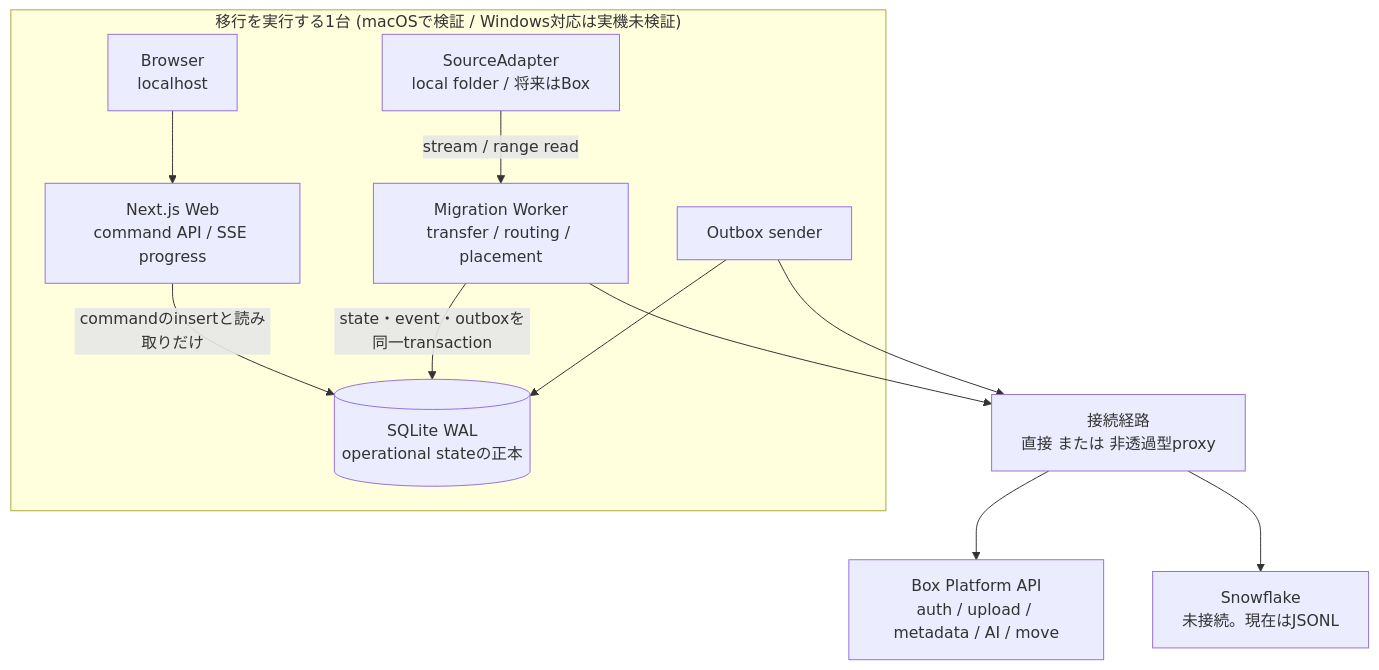
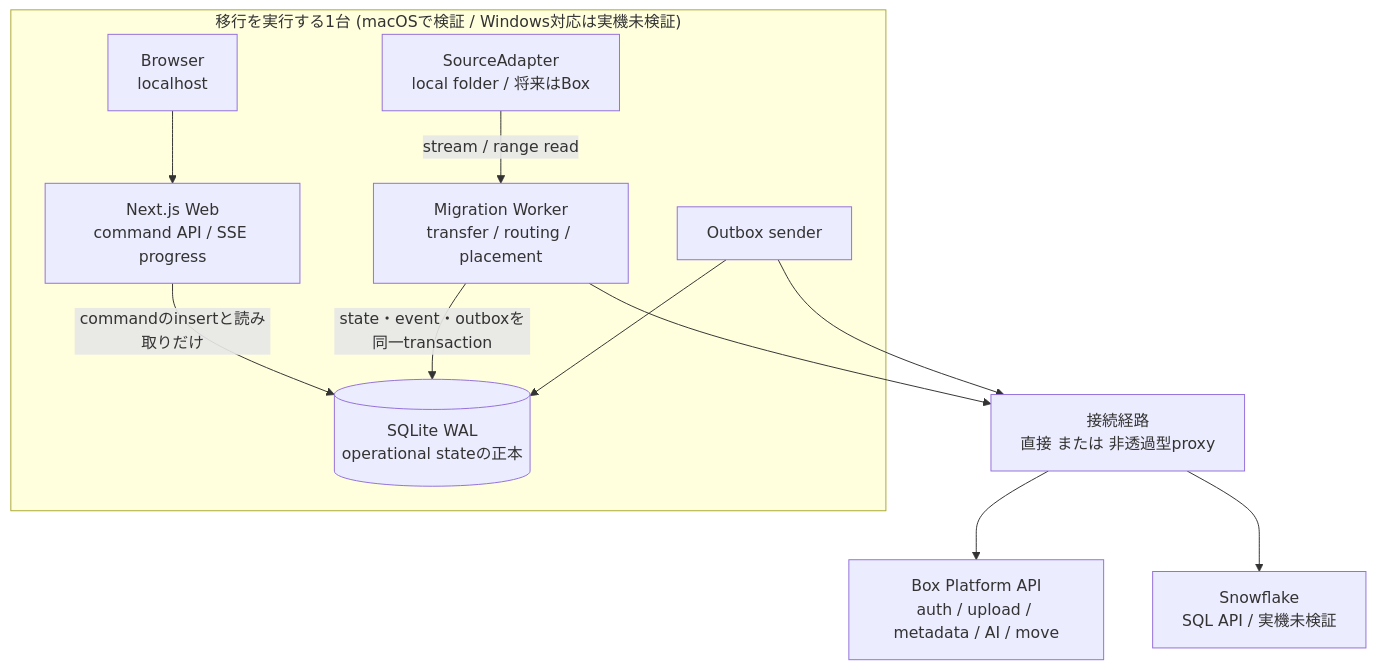
Before and after one commit to moodblu3-sys/shuttle-lite: the first of 6 diagrams in README.md, drawn with Mermaid. The commit also changed other lines of this file and 34 other files, not shown here.

````diff
--- a/README.md
+++ b/README.md
@@ -79,25 +81,25 @@
 ```mermaid
 flowchart TB
   subgraph machine ["移行を実行する1台 (macOSで検証 / Windows対応は実機未検証)"]
     browser["Browser<br/>localhost"]
     web["Next.js Web<br/>command API / SSE progress"]
     worker["Migration Worker<br/>transfer / routing / placement"]
     sqlite[("SQLite WAL<br/>operational stateの正本")]
     src["SourceAdapter<br/>local folder / 将来はBox"]
     outbox["Outbox sender"]
   end
 
   proxy["接続経路<br/>直接 または 非透過型proxy"]
   box["Box Platform API<br/>auth / upload / metadata / AI / move"]
-  snow["Snowflake<br/>未接続。現在はJSONL"]
+  snow["Snowflake<br/>SQL API / 実機未検証"]
 
   browser --> web
   web -->|"commandのinsertと読み取りだけ"| sqlite
   worker -->|"state・event・outboxを同一transaction"| sqlite
   src -->|"stream / range read"| worker
   worker --> proxy
   outbox --> sqlite
   outbox --> proxy
   proxy --> box
   proxy --> snow
 ```
````
